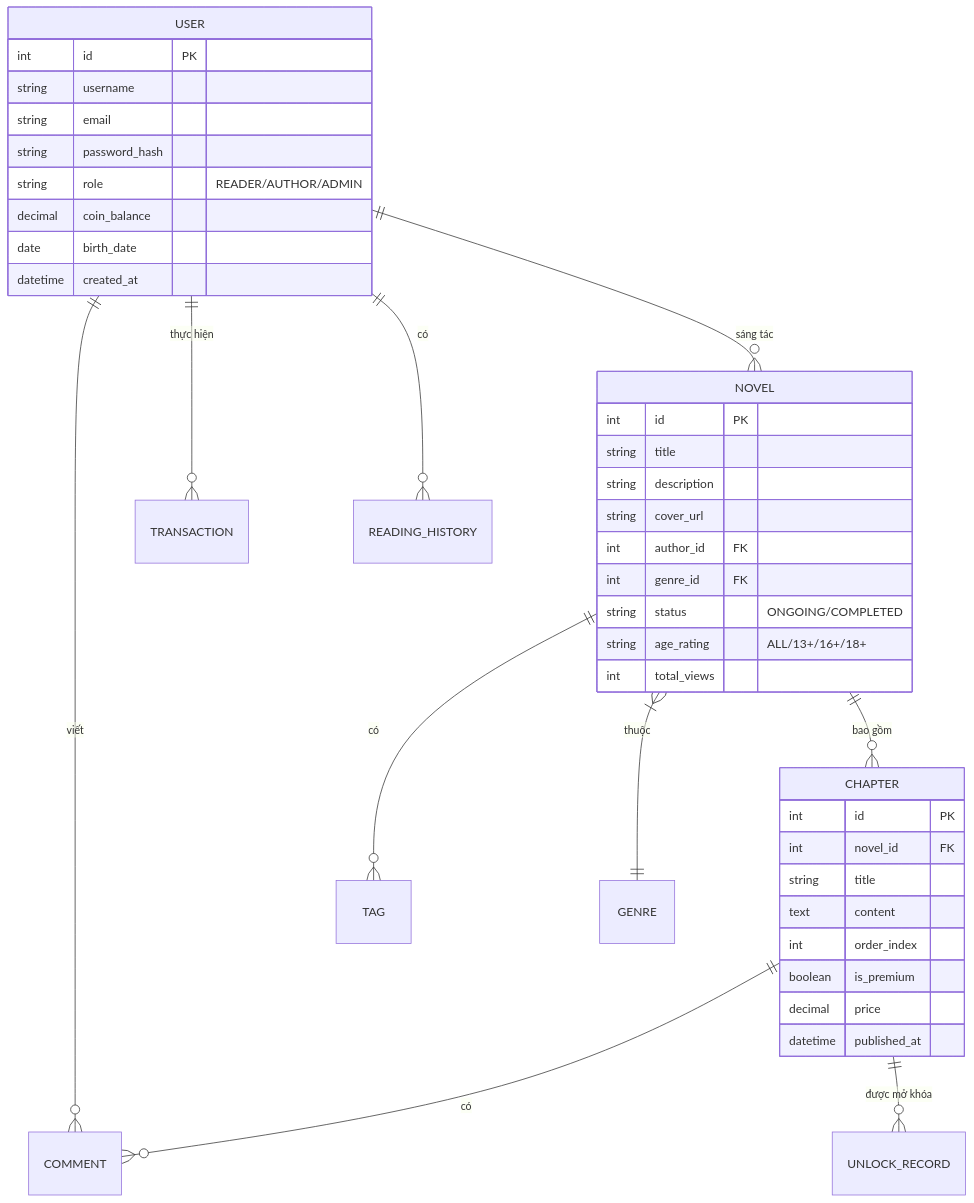
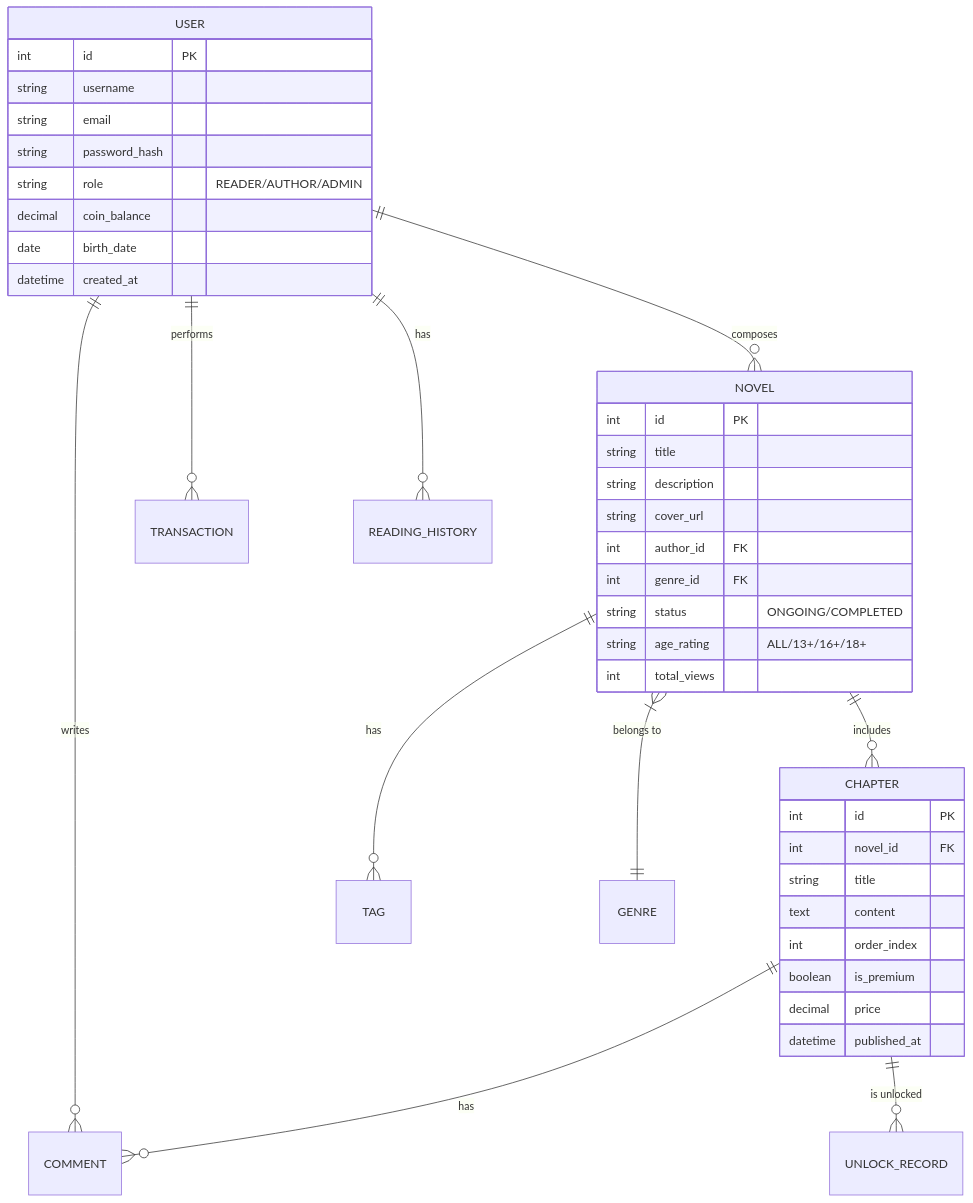
One commit to Ephurin/Novel_sharing_platform changed the second of 5 diagrams in docs/SRA_doc/phase_3/Final_SRS_v1.md. Above: the diagram before and after it, drawn with Mermaid. The commit also changed other lines of this file and 4 other files, not shown here.

````diff
--- a/docs/SRA_doc/phase_3/Final_SRS_v1.md
+++ b/docs/SRA_doc/phase_3/Final_SRS_v1.md
@@ -142,48 +142,48 @@
 ```mermaid
 erDiagram
-    USER ||--o{ NOVEL : "sáng tác"
-    USER ||--o{ COMMENT : "viết"
-    USER ||--o{ TRANSACTION : "thực hiện"
-    USER ||--o{ READING_HISTORY : "có"
+    USER ||--o{ NOVEL : "composes"
+    USER ||--o{ COMMENT : "writes"
+    USER ||--o{ TRANSACTION : "performs"
+    USER ||--o{ READING_HISTORY : "has"
     
-    NOVEL ||--o{ CHAPTER : "bao gồm"
-    NOVEL ||--o{ TAG : "có"
-    NOVEL }|--|| GENRE : "thuộc"
+    NOVEL ||--o{ CHAPTER : "includes"
+    NOVEL ||--o{ TAG : "has"
+    NOVEL }|--|| GENRE : "belongs to"
     
-    CHAPTER ||--o{ COMMENT : "có"
-    CHAPTER ||--o{ UNLOCK_RECORD : "được mở khóa"
+    CHAPTER ||--o{ COMMENT : "has"
+    CHAPTER ||--o{ UNLOCK_RECORD : "is unlocked"
     
     USER {
         int id PK
         string username
         string email
         string password_hash
         string role "READER/AUTHOR/ADMIN"
         decimal coin_balance
         date birth_date
         datetime created_at
     }
     
     NOVEL {
         int id PK
         string title
         string description
         string cover_url
         int author_id FK
         int genre_id FK
         string status "ONGOING/COMPLETED"
         string age_rating "ALL/13+/16+/18+"
         int total_views
     }
     
     CHAPTER {
         int id PK
         int novel_id FK
         string title
         text content
         int order_index
         boolean is_premium
         decimal price
         datetime published_at
     }
 ```
````
